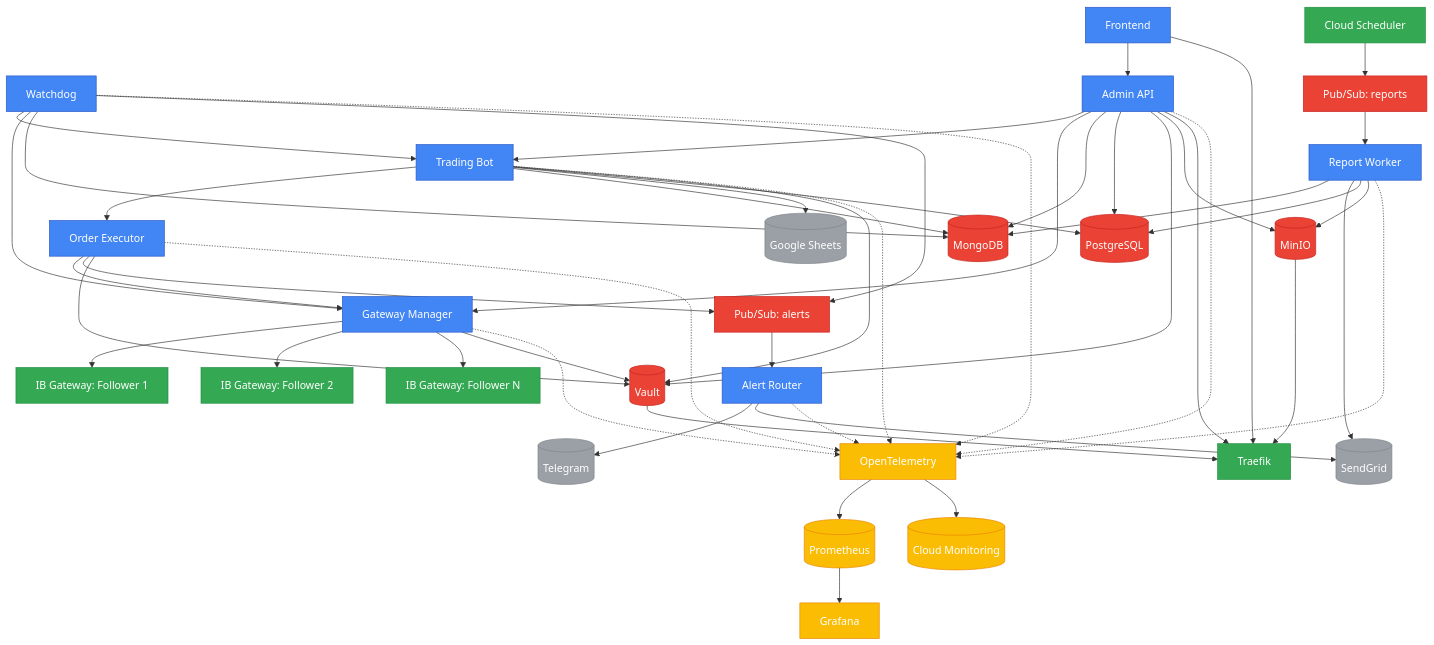
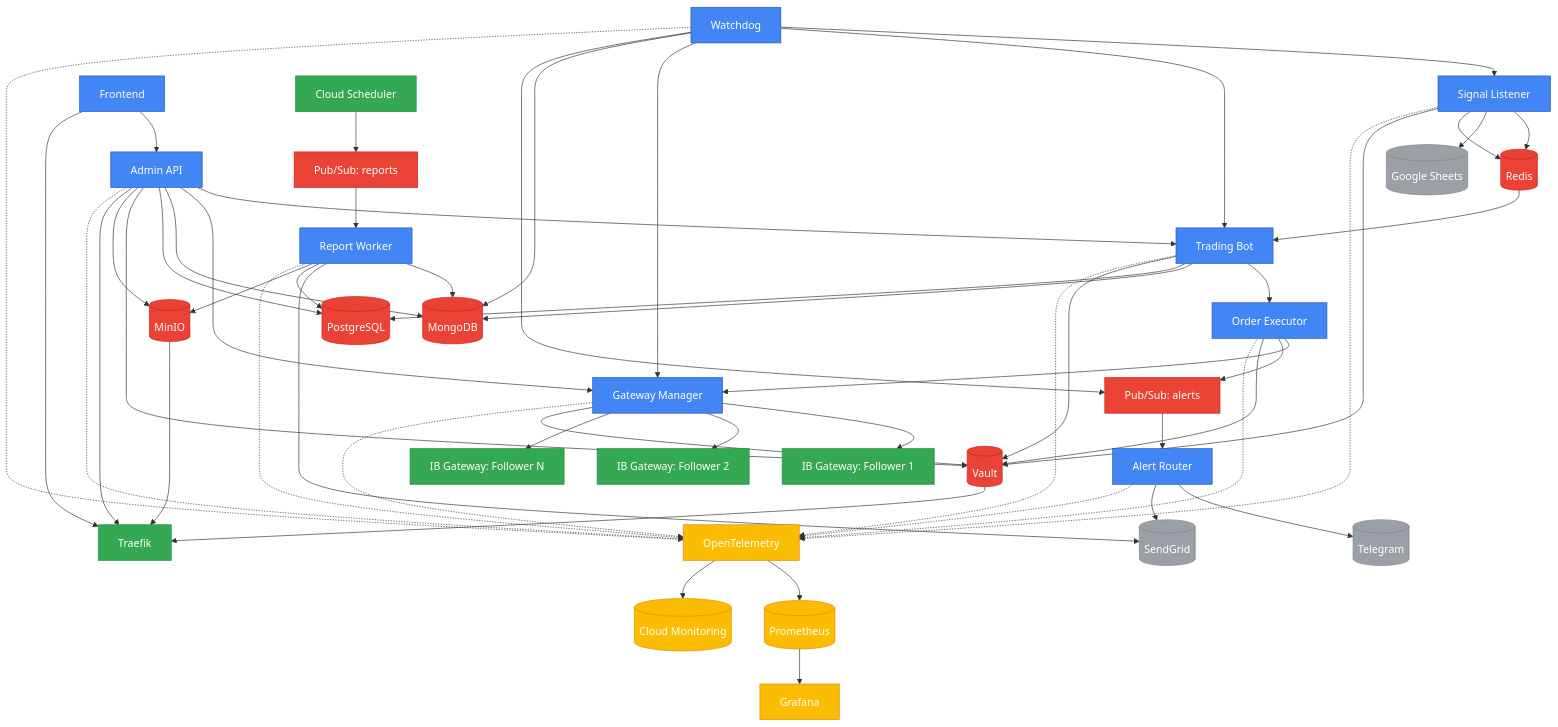
Before and after one commit to AIgen-Solutions-s-r-l/SpreadPilot: the diagram in docs/images/system-architecture.mmd, drawn with Mermaid. The commit also changed 2 other files, not shown here.

Commit message:
docs: update documentation for signal listener implementation
- Updated README.md to include Signal Listener in system components
- Modified data flow to reflect Redis Pub/Sub signal processing
- Added Redis to infrastructure components
- Updated system architecture documentation
- Modified Mermaid diagram to show signal flow: Google Sheets -> Signal Listener -> Redis -> Trading Bot
- Added Signal Listener to observability and monitoring connections

🤖 Generated with [Claude Code](https://claude.ai/code)

```diff
--- a/docs/images/system-architecture.mmd
+++ b/docs/images/system-architecture.mmd
@@ -1,76 +1,82 @@
 graph TD
     %% Core Services
-    TradingBot[Trading Bot] --> OrderExecutor[Order Executor]
+    SignalListener[Signal Listener] --> Redis[(Redis)]
+    SignalListener --> GoogleSheets[(Google Sheets)]
+    Redis --> TradingBot[Trading Bot]
+    TradingBot --> OrderExecutor[Order Executor]
     OrderExecutor --> GatewayManager[Gateway Manager]
     GatewayManager --> IBGateway1[IB Gateway: Follower 1]
     GatewayManager --> IBGateway2[IB Gateway: Follower 2]
     GatewayManager --> IBGatewayN[IB Gateway: Follower N]
     TradingBot --> MongoDB[(MongoDB)]
-    TradingBot --> GoogleSheets[(Google Sheets)]
     OrderExecutor --> PubSubAlerts[Pub/Sub: alerts]
     
+    Watchdog[Watchdog] --> SignalListener
     Watchdog[Watchdog] --> TradingBot
     Watchdog --> GatewayManager
     Watchdog --> MongoDB
     Watchdog --> PubSubAlerts
     
     AdminAPI[Admin API] --> TradingBot
     AdminAPI --> GatewayManager
     AdminAPI --> MongoDB
     
     ReportWorker[Report Worker] --> MongoDB
     ReportWorker --> SendGrid[(SendGrid)]
     PubSubReports[Pub/Sub: reports] --> ReportWorker
     
     AlertRouter[Alert Router] --> Telegram[(Telegram)]
     AlertRouter --> SendGrid
     PubSubAlerts --> AlertRouter
     
     Frontend[Frontend] --> AdminAPI
     
     %% Infrastructure Services
+    SignalListener --> Redis
     TradingBot --> PostgreSQL[(PostgreSQL)]
     AdminAPI --> PostgreSQL
     ReportWorker --> PostgreSQL
     
-    TradingBot --> Vault[(Vault)]
+    SignalListener --> Vault[(Vault)]
+    TradingBot --> Vault
     AdminAPI --> Vault
     OrderExecutor --> Vault
     GatewayManager --> Vault
     
     ReportWorker --> MinIO[(MinIO)]
     AdminAPI --> MinIO
     
     Frontend --> Traefik[Traefik]
     AdminAPI --> Traefik
     Vault --> Traefik
     MinIO --> Traefik
     
     CloudScheduler[Cloud Scheduler] --> PubSubReports
     
     %% Observability
     OTel[OpenTelemetry] --> Prometheus[(Prometheus)]
     OTel --> CloudMonitoring[(Cloud Monitoring)]
     Prometheus --> Grafana[Grafana]
     
     %% Service connections to observability
+    SignalListener -.-> OTel
     TradingBot -.-> OTel
     OrderExecutor -.-> OTel
     GatewayManager -.-> OTel
     Watchdog -.-> OTel
     AdminAPI -.-> OTel
     ReportWorker -.-> OTel
     AlertRouter -.-> OTel
     
     %% Styling
     classDef coreService fill:#4285F4,stroke:#2A56C6,color:white
     classDef infrastructure fill:#34A853,stroke:#1E8E3E,color:white
     classDef observability fill:#FBBC04,stroke:#EA8600,color:white
     classDef database fill:#EA4335,stroke:#C5221F,color:white
     classDef external fill:#9AA0A6,stroke:#80868B,color:white
     
-    class TradingBot,Watchdog,AdminAPI,ReportWorker,AlertRouter,Frontend,GatewayManager,OrderExecutor coreService
+    class SignalListener,TradingBot,Watchdog,AdminAPI,ReportWorker,AlertRouter,Frontend,GatewayManager,OrderExecutor coreService
     class IBGateway1,IBGateway2,IBGatewayN,CloudScheduler,Traefik infrastructure
     class OTel,Prometheus,Grafana,CloudMonitoring observability
-    class MongoDB,PostgreSQL,Vault,MinIO,PubSubAlerts,PubSubReports database
+    class MongoDB,PostgreSQL,Vault,MinIO,PubSubAlerts,PubSubReports,Redis database
     class GoogleSheets,SendGrid,Telegram external
```
